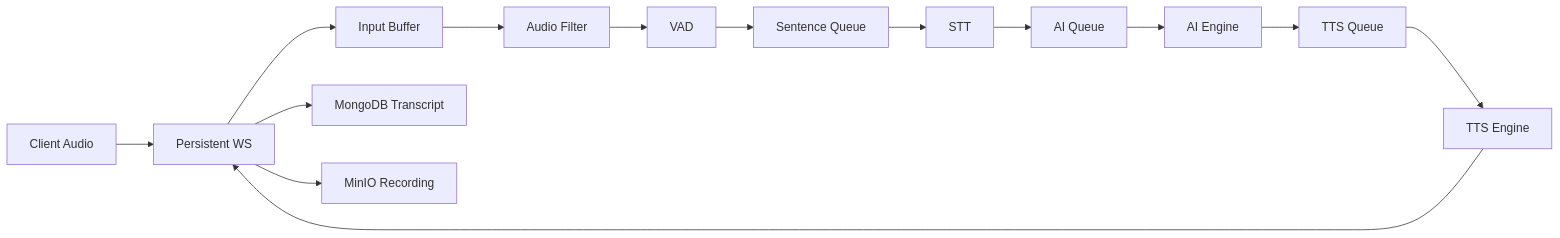
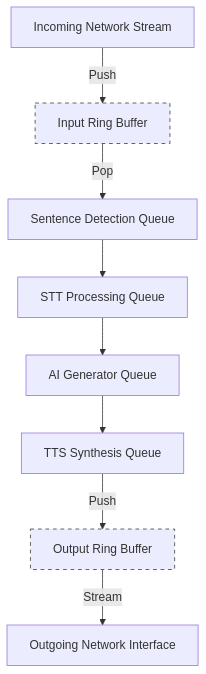
One commit to questflag/qf-apps changed diagram 14 of 18 in docs/QuestFlag_Communication_Module_Requirements_v15_FULL_DIAGRAMS.md. Above: the diagram before and after it, drawn with Mermaid. The commit also changed other lines of this file, not shown here.

````diff
--- a/docs/QuestFlag_Communication_Module_Requirements_v15_FULL_DIAGRAMS.md
+++ b/docs/QuestFlag_Communication_Module_Requirements_v15_FULL_DIAGRAMS.md
@@ -192,16 +460,16 @@
-``` mermaid
-flowchart LR
-A[Client Audio] --> B[Persistent WS]
-B --> C[Input Buffer]
-C --> D[Audio Filter]
-D --> E[VAD]
-E --> F[Sentence Queue]
-F --> G[STT]
-G --> H[AI Queue]
-H --> I[AI Engine]
-I --> J[TTS Queue]
-J --> K[TTS Engine]
-K --> B
-B --> L[MongoDB Transcript]
-B --> M[MinIO Recording]
+```mermaid
+flowchart TB
+    A[Incoming Network Stream] --> |Push| B[Input Ring Buffer]
+    B --> |Pop| C[Sentence Detection Queue]
+    
+    C --> D[STT Processing Queue]
+    D --> E[AI Generator Queue]
+    E --> F[TTS Synthesis Queue]
+    
+    F --> |Push| G[Output Ring Buffer]
+    G --> |Stream| H[Outgoing Network Interface]
+    
+    %% Scaling indicators
+    style B stroke:#333,stroke-dasharray: 5 5
+    style G stroke:#333,stroke-dasharray: 5 5
 ```
````
